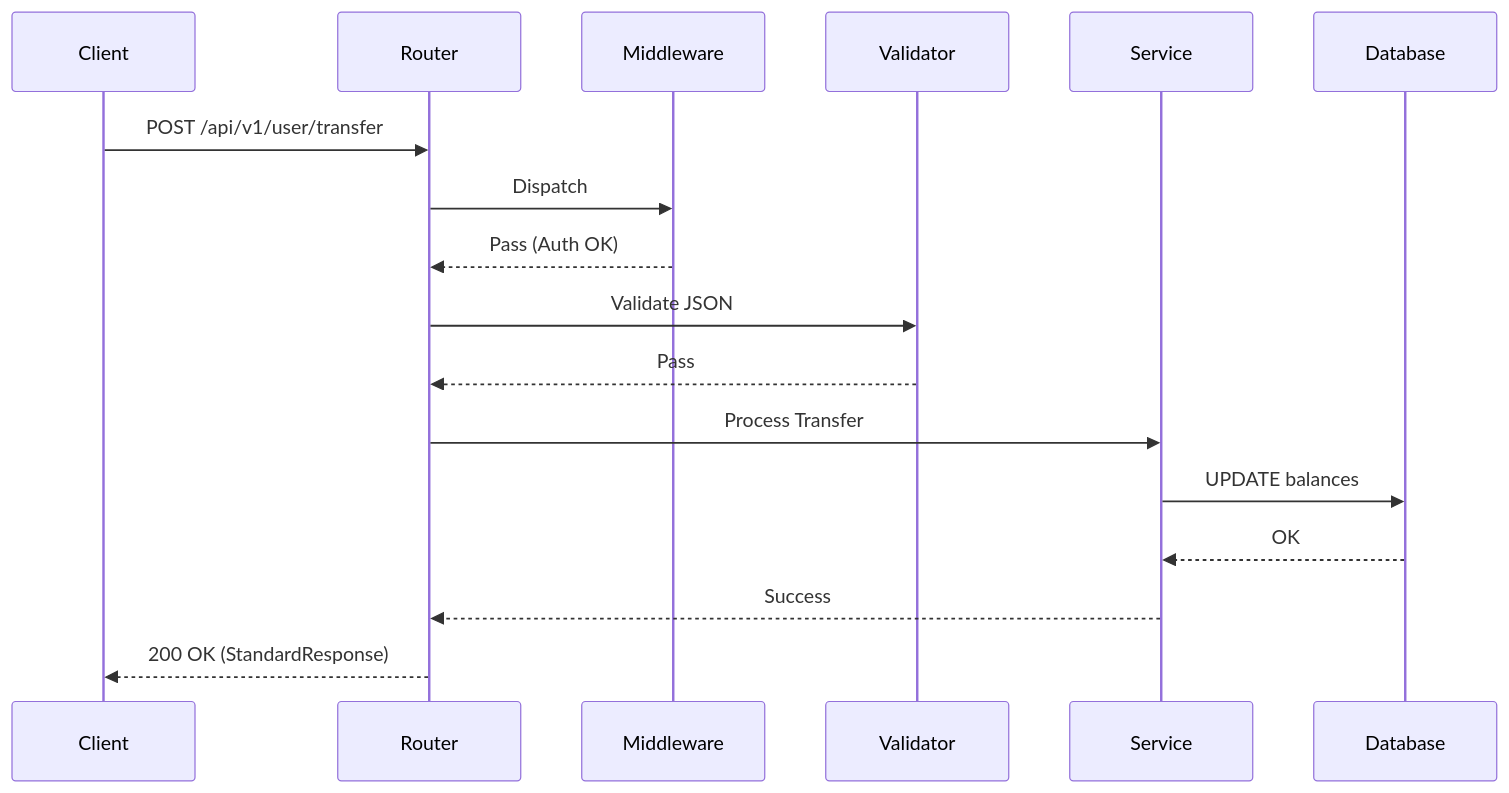
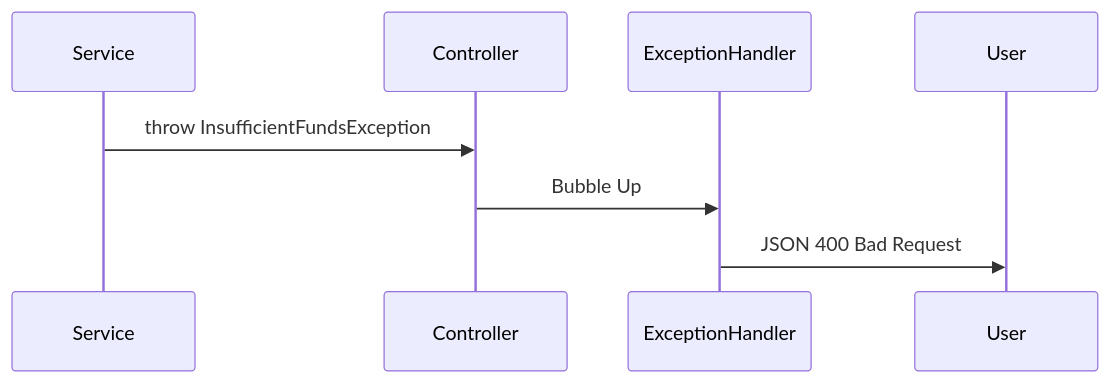
Before and after one commit to EL-STRIX/Finzo: the second of 2 diagrams in docs/01-Architecture/Backend-Architecture.md, drawn with Mermaid. The commit also changed other lines of this file and 22 other files, not shown here.

First line of the commit message:
docs(Architecture): Phase 5 Backend Architecture Documentation

````diff
--- a/docs/01-Architecture/Backend-Architecture.md
+++ b/docs/01-Architecture/Backend-Architecture.md
@@ -30,20 +199,10 @@
 ```mermaid
 sequenceDiagram
-    participant C as Client
-    participant R as Router
-    participant M as Middleware
-    participant V as Validator
     participant S as Service
-    participant DB as Database
-    
-    C->>R: POST /api/v1/user/transfer
-    R->>M: Dispatch
-    M-->>R: Pass (Auth OK)
-    R->>V: Validate JSON
-    V-->>R: Pass
-    R->>S: Process Transfer
-    S->>DB: UPDATE balances
-    DB-->>S: OK
-    S-->>R: Success
-    R-->>C: 200 OK (StandardResponse)
+    participant C as Controller
+    participant E as ExceptionHandler
+    participant U as User
+    S->>C: throw InsufficientFundsException
+    C->>E: Bubble Up
+    E->>U: JSON 400 Bad Request
 ```
````
